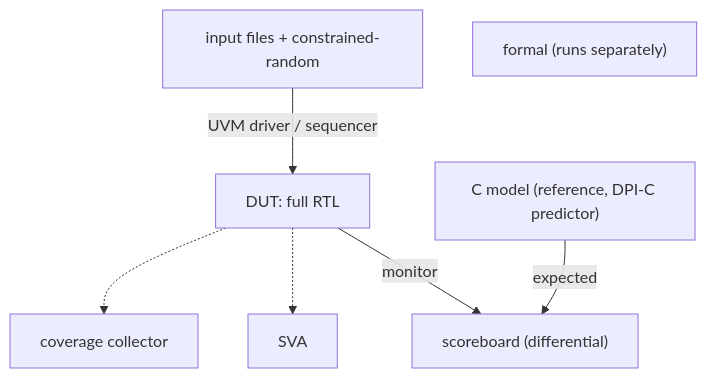
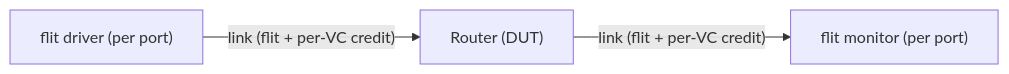
One commit to changlukas/noc-sim changed the third of 4 diagrams in spec/ni/dv/test_environment.md. Above: the diagram before and after it, drawn with Mermaid. The commit also changed other lines of this file and 10 other files, not shown here.

First line of the commit message:
spec/ni: stage-centric DV test environment + per-block interfaces + master/slave port naming

````diff
--- a/spec/ni/dv/test_environment.md
+++ b/spec/ni/dv/test_environment.md
@@ -133,9 +123,5 @@
 ```mermaid
-flowchart TD
-  IN["input files + constrained-random"] -->|UVM driver / sequencer| DUT["DUT: full RTL"]
-  DUT -->|monitor| SB["scoreboard (differential)"]
-  REF["C model (reference, DPI-C predictor)"] -->|expected| SB
-  DUT -.-> SVA["SVA"]
-  DUT -.-> COV["coverage collector"]
-  FORMAL["formal (runs separately)"]
+flowchart LR
+  FD["flit driver (per port)"] -->|"link (flit + per-VC credit)"| DUT["Router (DUT)"]
+  DUT -->|"link (flit + per-VC credit)"| FM["flit monitor (per port)"]
 ```
````
